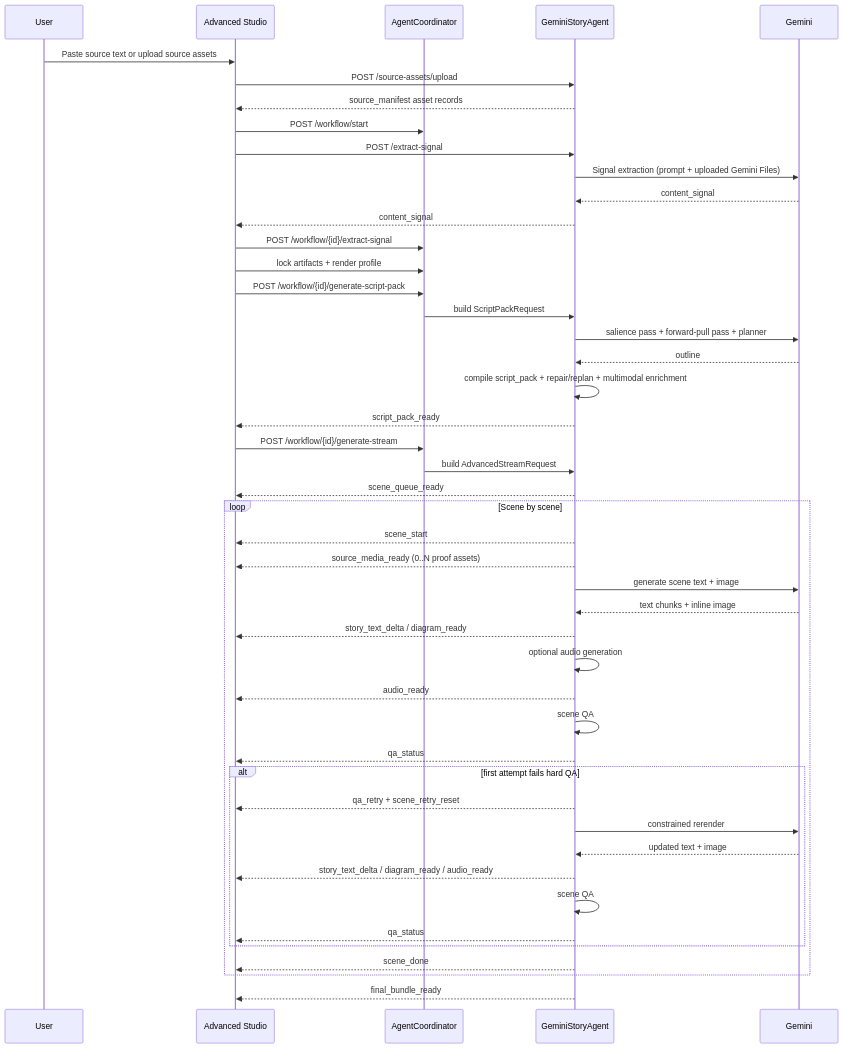
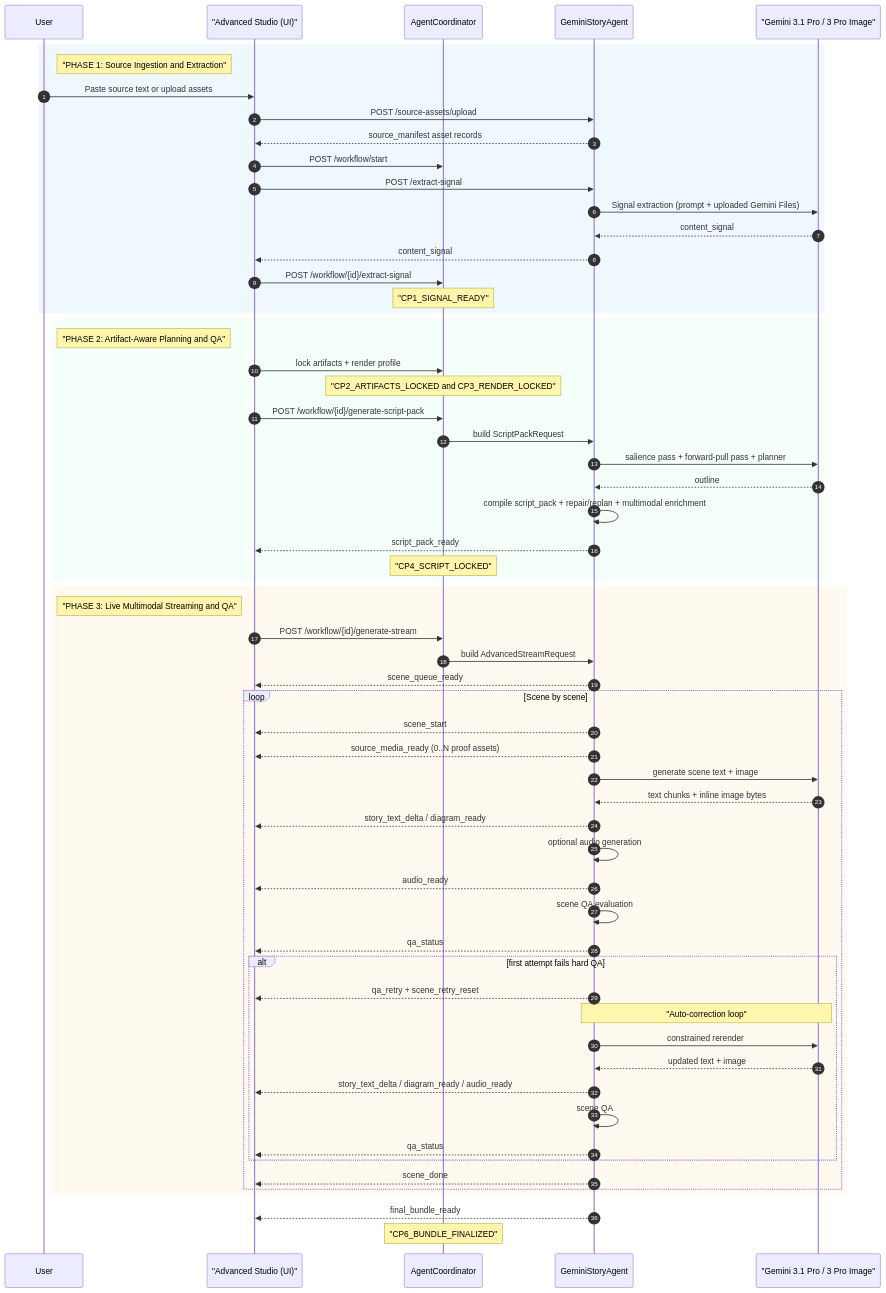
Before and after one commit to Silveroboros-dev/ExplainFlow: the first of 2 diagrams in docs/architecture.md, drawn with Mermaid. The commit also changed other lines of this file, not shown here.

Commit message:
Add architecture data contract diagram

````diff
--- a/docs/architecture.md
+++ b/docs/architecture.md
@@ -32,49 +32,67 @@
 ```mermaid
 sequenceDiagram
+    autonumber
     participant U as User
-    participant W as Advanced Studio
+    participant W as "Advanced Studio (UI)"
     participant WF as AgentCoordinator
     participant API as GeminiStoryAgent
-    participant LLM as Gemini
+    participant LLM as "Gemini 3.1 Pro / 3 Pro Image"
 
-    U->>W: Paste source text or upload source assets
-    W->>API: POST /source-assets/upload
-    API-->>W: source_manifest asset records
-    W->>WF: POST /workflow/start
-    W->>API: POST /extract-signal
-    API->>LLM: Signal extraction (prompt + uploaded Gemini Files)
-    LLM-->>API: content_signal
-    API-->>W: content_signal
-    W->>WF: POST /workflow/{id}/extract-signal
-    W->>WF: lock artifacts + render profile
-    W->>WF: POST /workflow/{id}/generate-script-pack
-    WF->>API: build ScriptPackRequest
-    API->>LLM: salience pass + forward-pull pass + planner
-    LLM-->>API: outline
-    API->>API: compile script_pack + repair/replan + multimodal enrichment
-    API-->>W: script_pack_ready
-    W->>WF: POST /workflow/{id}/generate-stream
-    WF->>API: build AdvancedStreamRequest
-    API-->>W: scene_queue_ready
-    loop Scene by scene
-        API-->>W: scene_start
-        API-->>W: source_media_ready (0..N proof assets)
-        API->>LLM: generate scene text + image
-        LLM-->>API: text chunks + inline image
-        API-->>W: story_text_delta / diagram_ready
-        API->>API: optional audio generation
-        API-->>W: audio_ready
-        API->>API: scene QA
-        API-->>W: qa_status
-        alt first attempt fails hard QA
-            API-->>W: qa_retry + scene_retry_reset
-            API->>LLM: constrained rerender
-            LLM-->>API: updated text + image
-            API-->>W: story_text_delta / diagram_ready / audio_ready
-            API->>API: scene QA
+    rect rgb(240, 248, 255)
+        note right of U: "PHASE 1: Source Ingestion and Extraction"
+        U->>W: Paste source text or upload assets
+        W->>API: POST /source-assets/upload
+        API-->>W: source_manifest asset records
+        W->>WF: POST /workflow/start
+        W->>API: POST /extract-signal
+        API->>LLM: Signal extraction (prompt + uploaded Gemini Files)
+        LLM-->>API: content_signal
+        API-->>W: content_signal
+        W->>WF: POST /workflow/{id}/extract-signal
+        note over WF: "CP1_SIGNAL_READY"
+    end
+
+    rect rgb(245, 255, 250)
+        note right of U: "PHASE 2: Artifact-Aware Planning and QA"
+        W->>WF: lock artifacts + render profile
+        note over WF: "CP2_ARTIFACTS_LOCKED and CP3_RENDER_LOCKED"
+        W->>WF: POST /workflow/{id}/generate-script-pack
+        WF->>API: build ScriptPackRequest
+        API->>LLM: salience pass + forward-pull pass + planner
+        LLM-->>API: outline
+        API->>API: compile script_pack + repair/replan + multimodal enrichment
+        API-->>W: script_pack_ready
+        note over WF: "CP4_SCRIPT_LOCKED"
+    end
+
+    rect rgb(255, 250, 240)
+        note right of U: "PHASE 3: Live Multimodal Streaming and QA"
+        W->>WF: POST /workflow/{id}/generate-stream
+        WF->>API: build AdvancedStreamRequest
+        API-->>W: scene_queue_ready
+        loop Scene by scene
+            API-->>W: scene_start
+            API-->>W: source_media_ready (0..N proof assets)
+            API->>LLM: generate scene text + image
+            LLM-->>API: text chunks + inline image bytes
+            API-->>W: story_text_delta / diagram_ready
+            API->>API: optional audio generation
+            API-->>W: audio_ready
+            API->>API: scene QA evaluation
             API-->>W: qa_status
+            alt first attempt fails hard QA
+                API-->>W: qa_retry + scene_retry_reset
+                note over API,LLM: "Auto-correction loop"
+                API->>LLM: constrained rerender
+                LLM-->>API: updated text + image
+                API-->>W: story_text_delta / diagram_ready / audio_ready
+                API->>API: scene QA
+                API-->>W: qa_status
+            end
+            API-->>W: scene_done
         end
-        API-->>W: scene_done
     end
+
     API-->>W: final_bundle_ready
+    note over WF: "CP6_BUNDLE_FINALIZED"
 ```
````
